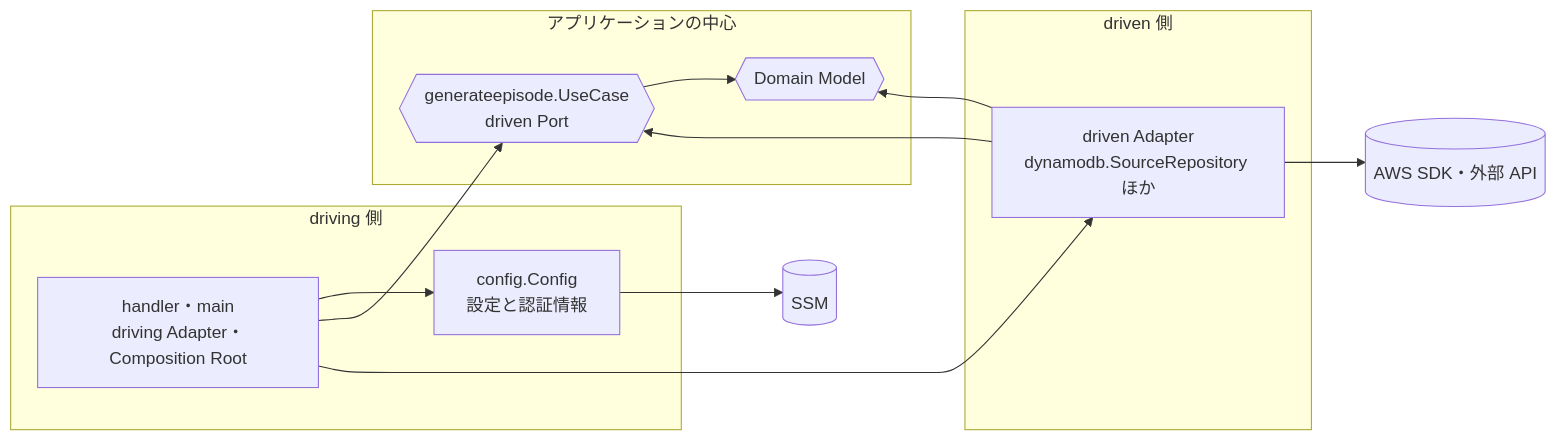
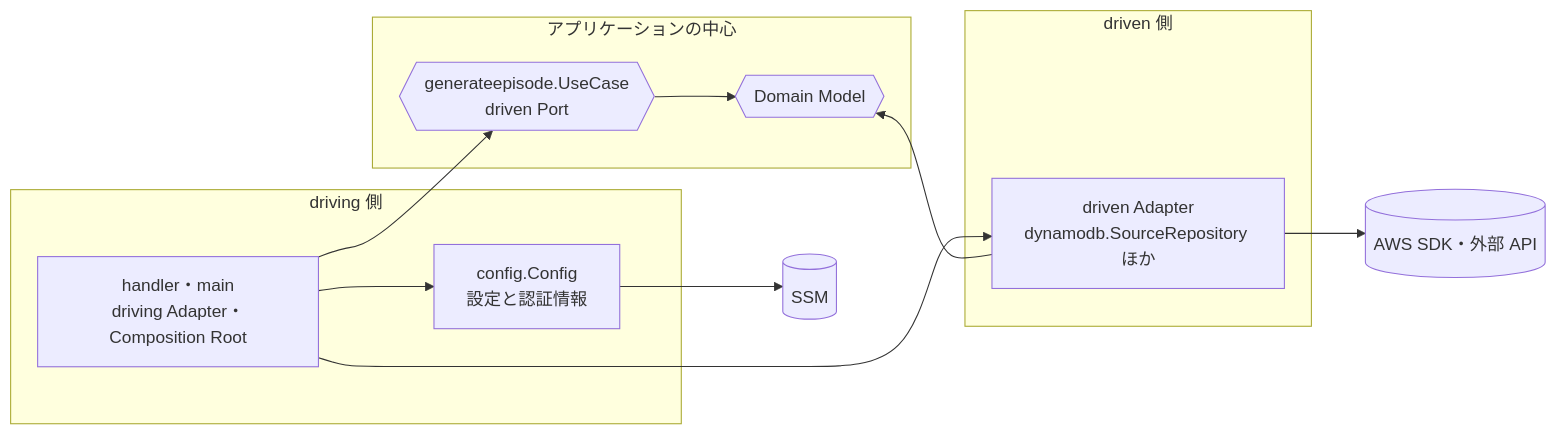
One commit to Eagle-Konbu/vibratio-backend changed the second of 2 diagrams in docs/architecture.md. Above: the diagram before and after it, drawn with Mermaid. The commit also changed other lines of this file, not shown here.

````diff
--- a/docs/architecture.md
+++ b/docs/architecture.md
@@ -95,29 +96,28 @@
 ```mermaid
 flowchart LR
     subgraph DRIVING["driving 側"]
         CMD["handler・main<br/>driving Adapter・Composition Root"]
         CFG["config.Config<br/>設定と認証情報"]
     end
 
     subgraph CORE["アプリケーションの中心"]
         UC{{"generateepisode.UseCase<br/>driven Port"}}
         DM{{"Domain Model"}}
     end
 
     subgraph DRIVEN["driven 側"]
         AD["driven Adapter<br/>dynamodb.SourceRepository ほか"]
     end
 
     SSM[("SSM")]
     EXT[("AWS SDK・外部 API")]
 
     CFG --> SSM
     CMD --> CFG
     CMD --> UC
     UC --> DM
     DM ~~~ AD
-    AD --> UC
     AD --> DM
     CMD --> AD
     AD --> EXT
 ```
````
